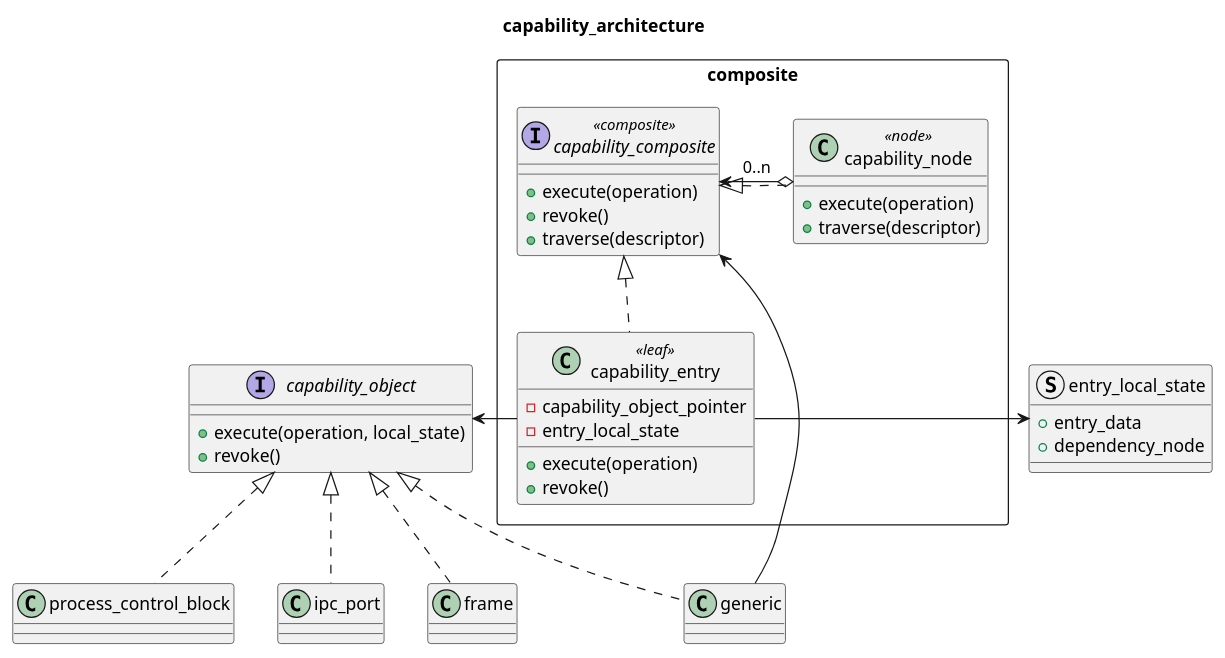
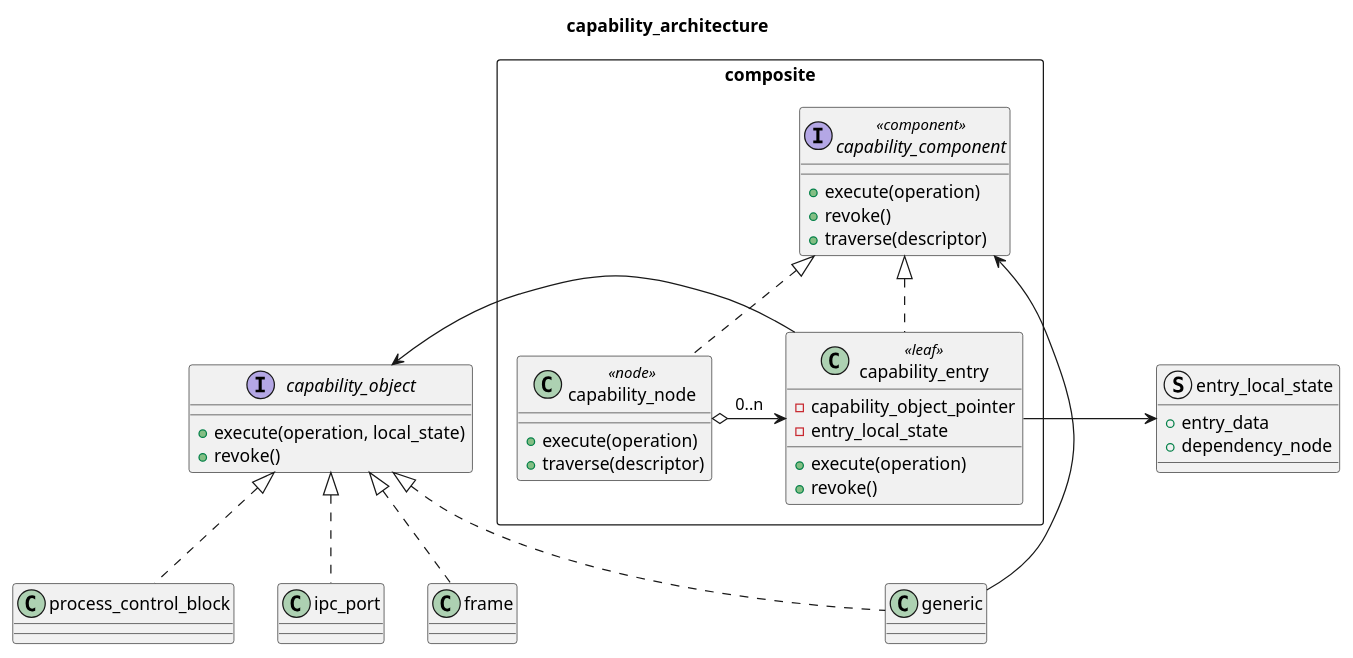
One commit to horizon2038/A9N changed the diagram in doc/design/capability/capability_system.md. Above: the diagram before and after it, drawn with PlantUML. The commit also changed other lines of this file, not shown here.

Commit message:
[clean] capability-architecture design

```diff
--- a/doc/design/capability/capability_system.md
+++ b/doc/design/capability/capability_system.md
@@ -3,73 +3,73 @@
 @startuml
 
 title capability_architecture
 
 rectangle composite {
 
-    interface capability_composite <<composite>>
+    interface capability_component <<component>>
     {
         + execute(operation)
         + revoke()
         + traverse(descriptor)
     }
 
     class capability_entry <<leaf>>
     {
         - capability_object_pointer
         - entry_local_state
         + execute(operation)
         + revoke()
     }
 
     class capability_node <<node>>
     {
         + execute(operation)
         + traverse(descriptor)
     }
 
 }
 
 struct entry_local_state
 {
     + entry_data
     + dependency_node
 }
 
 capability_entry -> entry_local_state
 
 interface capability_object
 {
     + execute(operation, local_state)
     + revoke()
 }
 
 class generic
 {
 }
 
 class process_control_block
 {
 }
 
 class ipc_port
 {
 }
 
 class frame
 {
 }
 
-capability_node .u.|> capability_composite
-capability_entry .u.|> capability_composite
+capability_node .u.|> capability_component
+capability_entry .u.|> capability_component
 
-capability_node o-r-> capability_composite : 0..n
+capability_node o-r-> capability_entry : 0..n
 capability_object <-r- capability_entry
 
 generic .u.|> capability_object
 process_control_block .u.|> capability_object
 ipc_port .u.|> capability_object
 frame .u.|> capability_object
 
-generic -u-> capability_composite
+generic -u-> capability_component
 
 @enduml
```
